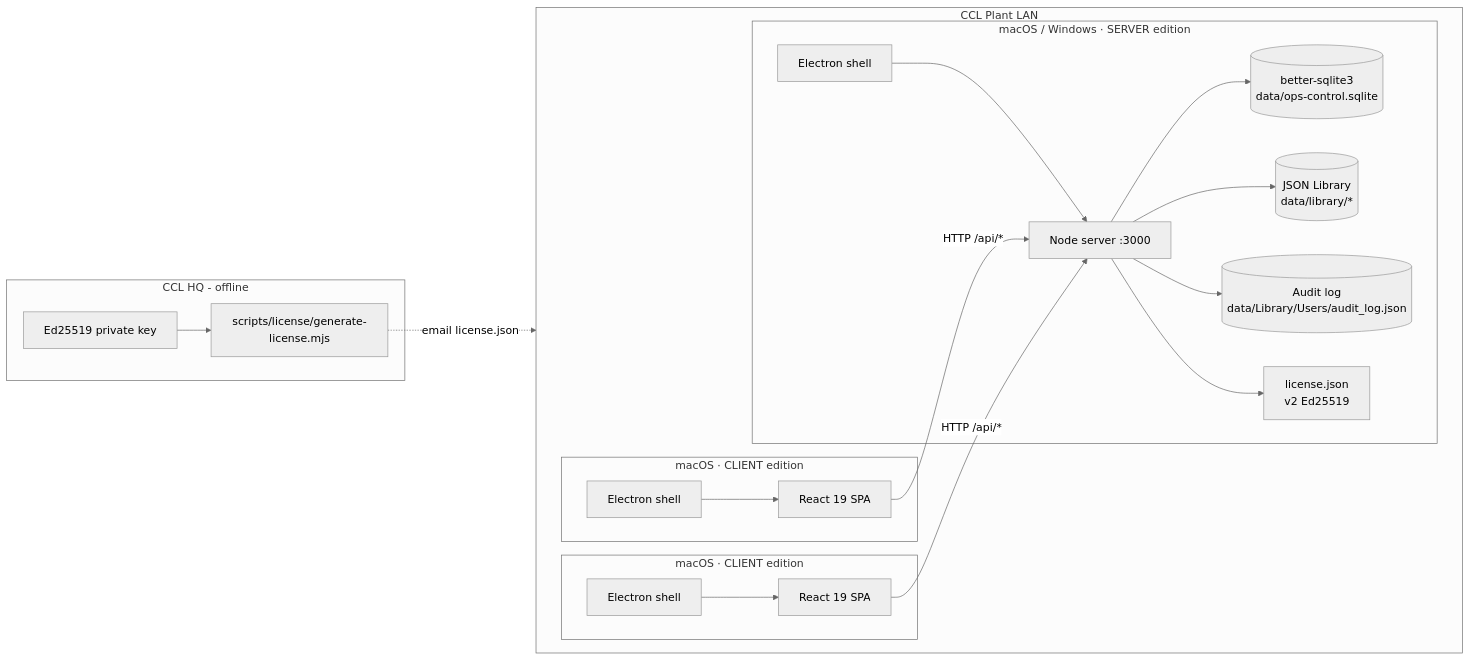
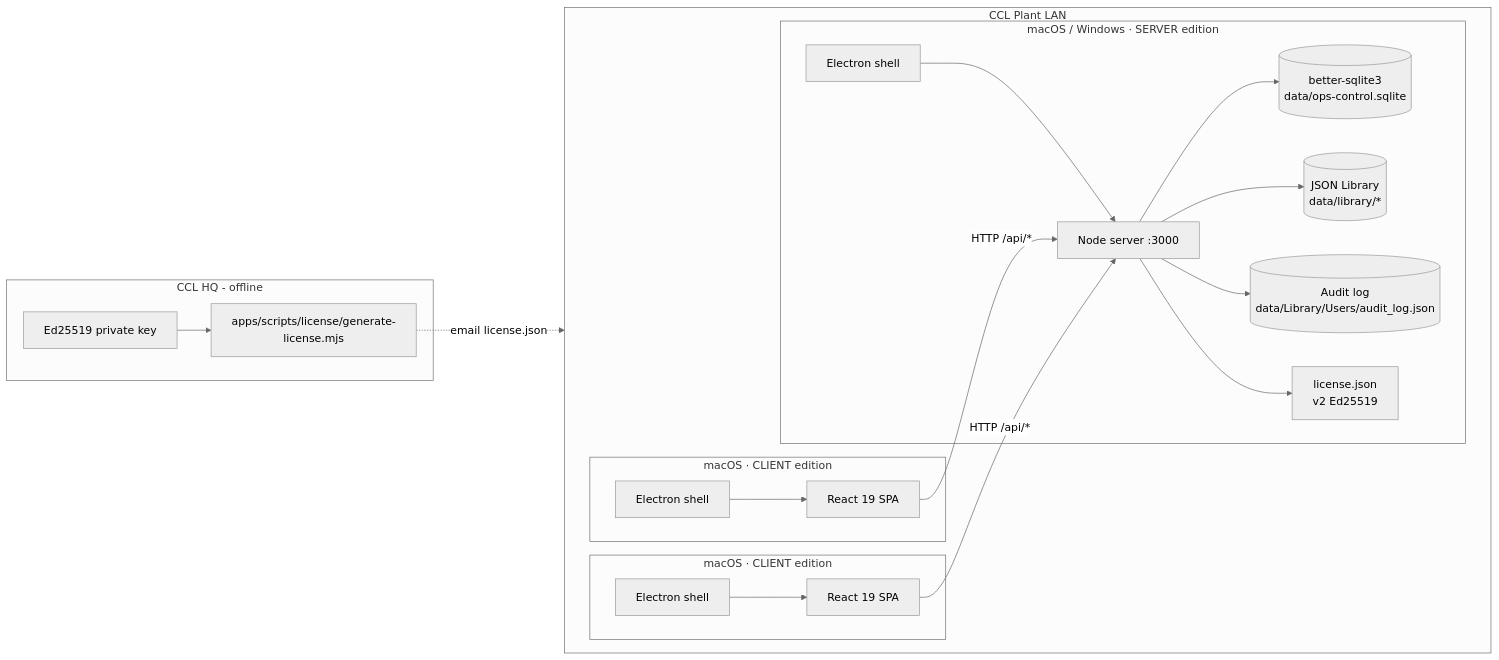
Before and after one commit to thiepdanghd82/Ops-Control: the first of 5 diagrams in docs/architecture/ARCHITECTURE.md, drawn with Mermaid (neutral theme). The commit also changed other lines of this file and 1028 other files, not shown here.

````diff
--- a/docs/architecture/ARCHITECTURE.md
+++ b/docs/architecture/ARCHITECTURE.md
@@ -7,32 +7,32 @@
 ```mermaid
 flowchart LR
   subgraph LAN[CCL Plant LAN]
     direction LR
     subgraph SRV[macOS / Windows · SERVER edition]
       ES[Electron shell]
       ES --> NS[Node server :3000]
       NS --> SQ[(better-sqlite3<br/>data/ops-control.sqlite)]
       NS --> JS[(JSON Library<br/>data/library/*)]
       NS --> AU[(Audit log<br/>data/Library/Users/audit_log.json)]
       NS --> LIC[license.json<br/>v2 Ed25519]
     end
     subgraph CL1[macOS · CLIENT edition]
       EC1[Electron shell]
       RC1[React 19 SPA]
       EC1 --> RC1
     end
     subgraph CL2[macOS · CLIENT edition]
       EC2[Electron shell]
       RC2[React 19 SPA]
       EC2 --> RC2
     end
     RC1 -- HTTP /api/* --> NS
     RC2 -- HTTP /api/* --> NS
   end
   subgraph HQ[CCL HQ - offline]
     PRIV[Ed25519 private key]
-    GEN[scripts/license/generate-license.mjs]
+    GEN[apps/scripts/license/generate-license.mjs]
     PRIV --> GEN
   end
   GEN -.->|email license.json| LIC
 ```
````
